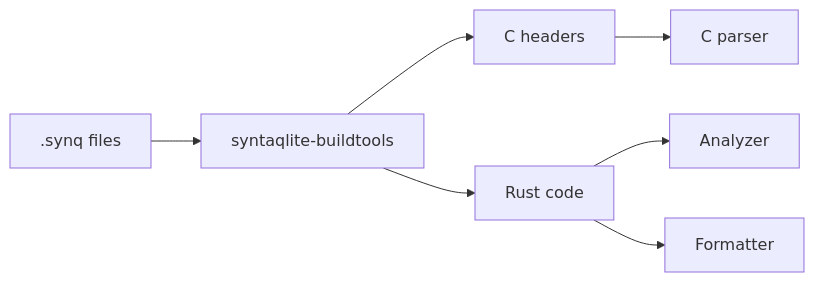
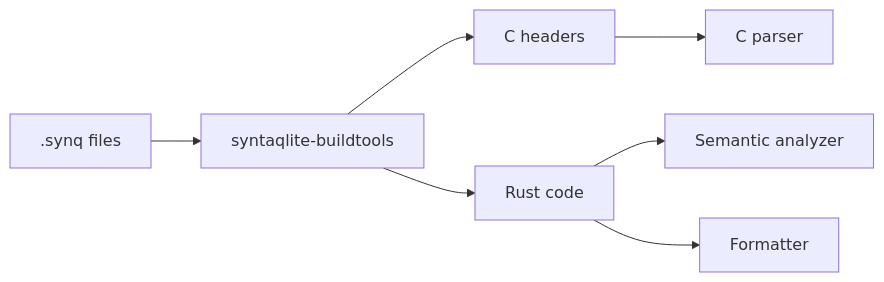
One commit to LalitMaganti/syntaqlite changed the sixth of 6 diagrams in web/docs/content/contributing/architecture.md. Above: the diagram before and after it, drawn with Mermaid. The commit also changed other lines of this file and 7 other files, not shown here.

```diff
--- a/web/docs/content/contributing/architecture.md
+++ b/web/docs/content/contributing/architecture.md
@@ -76,9 +76,9 @@
 <div class="mermaid">
 graph LR
     Synq[".synq files"] --> Codegen["syntaqlite-buildtools"]
     Codegen --> CH["C headers"]
     Codegen --> RS["Rust code"]
     CH --> Parser["C parser"]
-    RS --> Analyzer["Analyzer"]
+    RS --> Analyzer["Semantic analyzer"]
     RS --> Formatter["Formatter"]
 </div>
```
